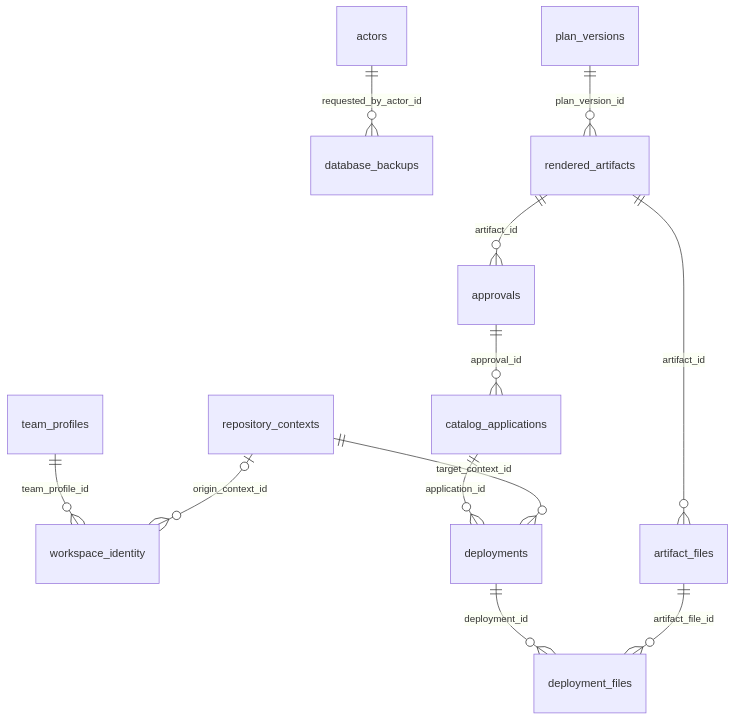
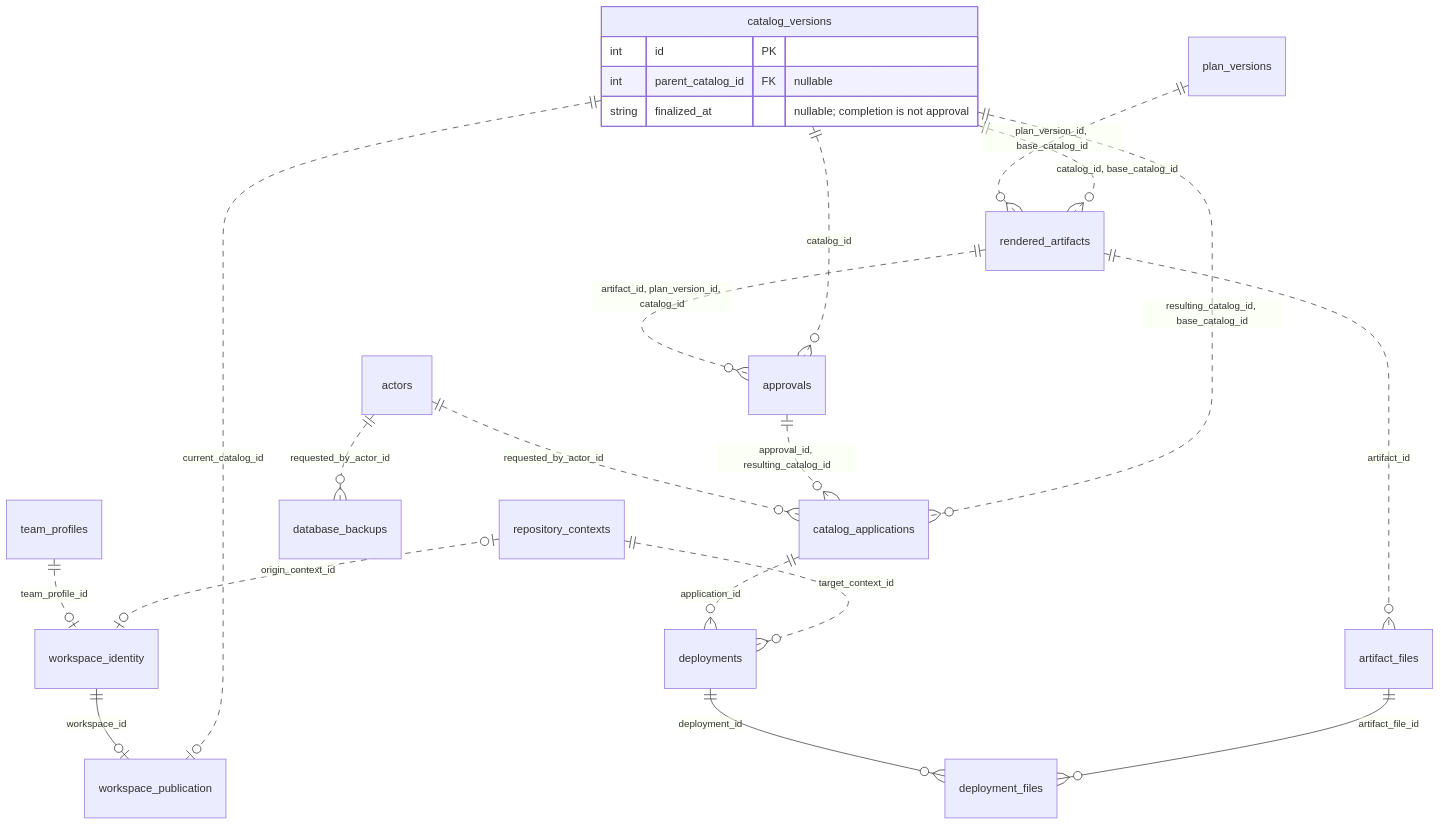
One commit to WodansSon/terraform-azurerm-ai-assisted-development changed the ninth of 9 diagrams in hosted_copilot/docs/WORKBENCH_SQLITE_V1_DESIGN.md. Above: the diagram before and after it, drawn with Mermaid. The commit also changed other lines of this file and 85 other files, not shown here.

````diff
--- a/hosted_copilot/docs/WORKBENCH_SQLITE_V1_DESIGN.md
+++ b/hosted_copilot/docs/WORKBENCH_SQLITE_V1_DESIGN.md
@@ -1294,14 +2393,25 @@
 ```mermaid
 erDiagram
-  team_profiles ||--o{ workspace_identity : team_profile_id
-  repository_contexts o|--o{ workspace_identity : origin_context_id
-  actors ||--o{ database_backups : requested_by_actor_id
-  plan_versions ||--o{ rendered_artifacts : plan_version_id
-  rendered_artifacts ||--o{ artifact_files : artifact_id
-  rendered_artifacts ||--o{ approvals : artifact_id
-  approvals ||--o{ catalog_applications : approval_id
-  catalog_applications ||--o{ deployments : application_id
-  repository_contexts ||--o{ deployments : target_context_id
+  catalog_versions {
+    int id PK
+    int parent_catalog_id FK "nullable"
+    string finalized_at "nullable; completion is not approval"
+  }
+  team_profiles ||..o| workspace_identity : team_profile_id
+  repository_contexts o|..o| workspace_identity : origin_context_id
+  workspace_identity ||--o| workspace_publication : workspace_id
+  catalog_versions ||..o| workspace_publication : current_catalog_id
+  actors ||..o{ database_backups : requested_by_actor_id
+  actors ||..o{ catalog_applications : requested_by_actor_id
+  plan_versions ||..o{ rendered_artifacts : "plan_version_id, base_catalog_id"
+  catalog_versions ||..o{ rendered_artifacts : "catalog_id, base_catalog_id"
+  rendered_artifacts ||..o{ artifact_files : artifact_id
+  rendered_artifacts ||..o{ approvals : "artifact_id, plan_version_id, catalog_id"
+  catalog_versions ||..o{ approvals : catalog_id
+  approvals ||..o{ catalog_applications : "approval_id, resulting_catalog_id"
+  catalog_versions ||..o{ catalog_applications : "resulting_catalog_id, base_catalog_id"
+  catalog_applications ||..o{ deployments : application_id
+  repository_contexts ||..o{ deployments : target_context_id
   deployments ||--o{ deployment_files : deployment_id
   artifact_files ||--o{ deployment_files : artifact_file_id
 ```
````
